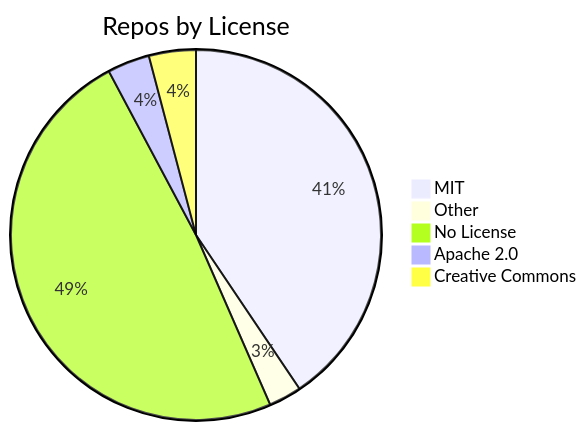
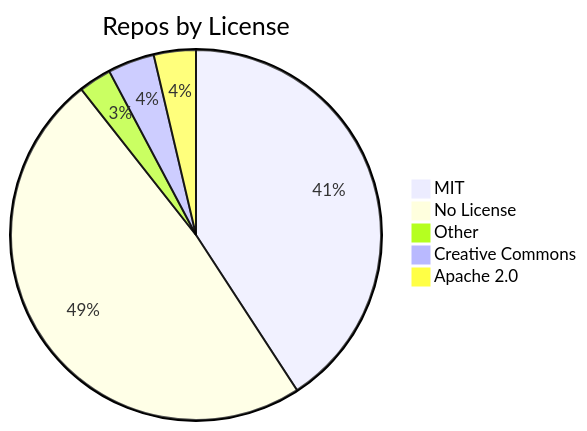
The diagram in README.md (jpatterson933/awesome-mcp-server-index), drawn with Mermaid before and after one commit. The commit also changed other lines of this file and 3 other files, not shown here.

````diff
--- a/README.md
+++ b/README.md
@@ -29,8 +29,8 @@
 ```mermaid
 pie title Repos by License
-    "MIT" : 99
+    "MIT" : 100
+    "No License" : 119
     "Other" : 7
-    "No License" : 119
+    "Creative Commons" : 10
     "Apache 2.0" : 9
-    "Creative Commons" : 10
 ```
````
